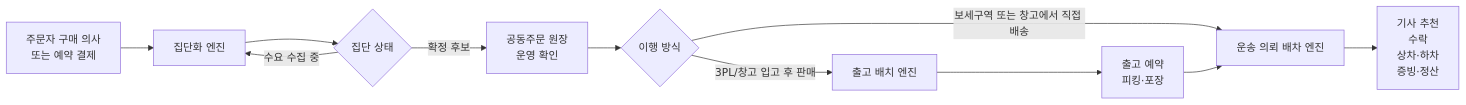
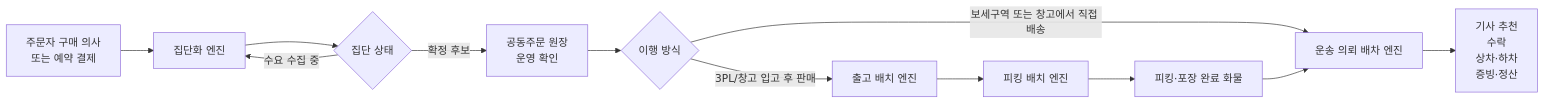
One commit to cheolwo/hongdal changed the first of 4 diagrams in docs/Architecture/EngineOverview.md. Above: the diagram before and after it, drawn with Mermaid. The commit also changed other lines of this file and 25 other files, not shown here.

````diff
--- a/docs/Architecture/EngineOverview.md
+++ b/docs/Architecture/EngineOverview.md
@@ -17,13 +18,14 @@
 ```mermaid
 flowchart LR
     A["주문자 구매 의사<br/>또는 예약 결제"] --> B["집단화 엔진"]
     B --> C{"집단 상태"}
     C -->|수요 수집 중| B
     C -->|확정 후보| D["공동주문 원장<br/>운영 확인"]
     D --> E{"이행 방식"}
     E -->|3PL/창고 입고 후 판매| F["출고 배치 엔진"]
     E -->|보세구역 또는 창고에서 직접 배송| G["운송 의뢰 배차 엔진"]
-    F --> H["출고 예약<br/>피킹·포장"]
-    H --> G
-    G --> I["기사 추천<br/>수락<br/>상차·하차<br/>증빙·정산"]
+    F --> H["피킹 배치 엔진"]
+    H --> I["피킹·포장 완료 화물"]
+    I --> G
+    G --> J["기사 추천<br/>수락<br/>상차·하차<br/>증빙·정산"]
 ```
````
